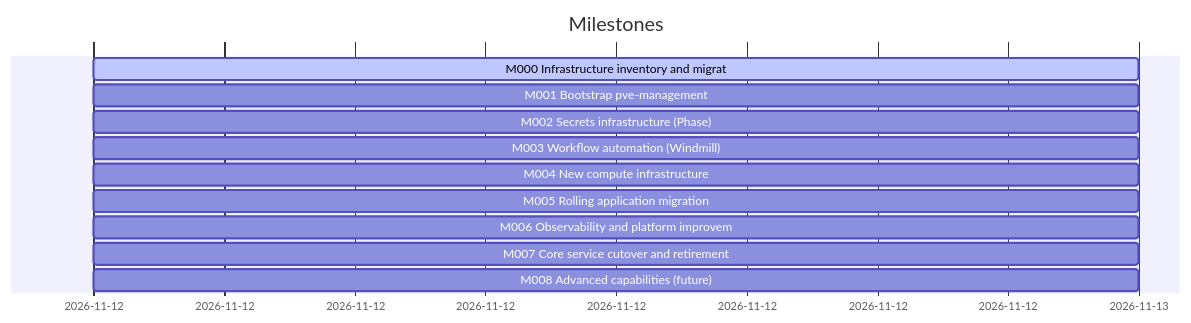
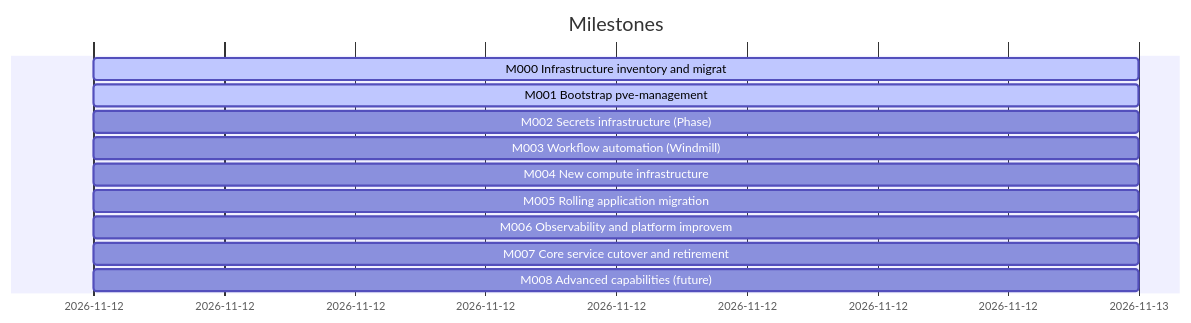
One commit to doku-code/homelab-iac changed the diagram in docs/dashboard.md. Above: the diagram before and after it, drawn with Mermaid. The commit also changed other lines of this file and 17 other files, not shown here.

````diff
--- a/docs/dashboard.md
+++ b/docs/dashboard.md
@@ -31,14 +31,14 @@
 ```mermaid
 gantt
     dateFormat YYYY-MM-DD
     title Milestones
     M000 Infrastructure inventory and migrat :active, m000, 2026-11-12, 2026-11-13
-    M001 Bootstrap pve-management :m001, 2026-11-12, 2026-11-13
+    M001 Bootstrap pve-management :active, m001, 2026-11-12, 2026-11-13
     M002 Secrets infrastructure (Phase) :m002, 2026-11-12, 2026-11-13
     M003 Workflow automation (Windmill) :m003, 2026-11-12, 2026-11-13
     M004 New compute infrastructure :m004, 2026-11-12, 2026-11-13
     M005 Rolling application migration :m005, 2026-11-12, 2026-11-13
     M006 Observability and platform improvem :m006, 2026-11-12, 2026-11-13
     M007 Core service cutover and retirement :m007, 2026-11-12, 2026-11-13
     M008 Advanced capabilities (future) :m008, 2026-11-12, 2026-11-13
 ```
````
